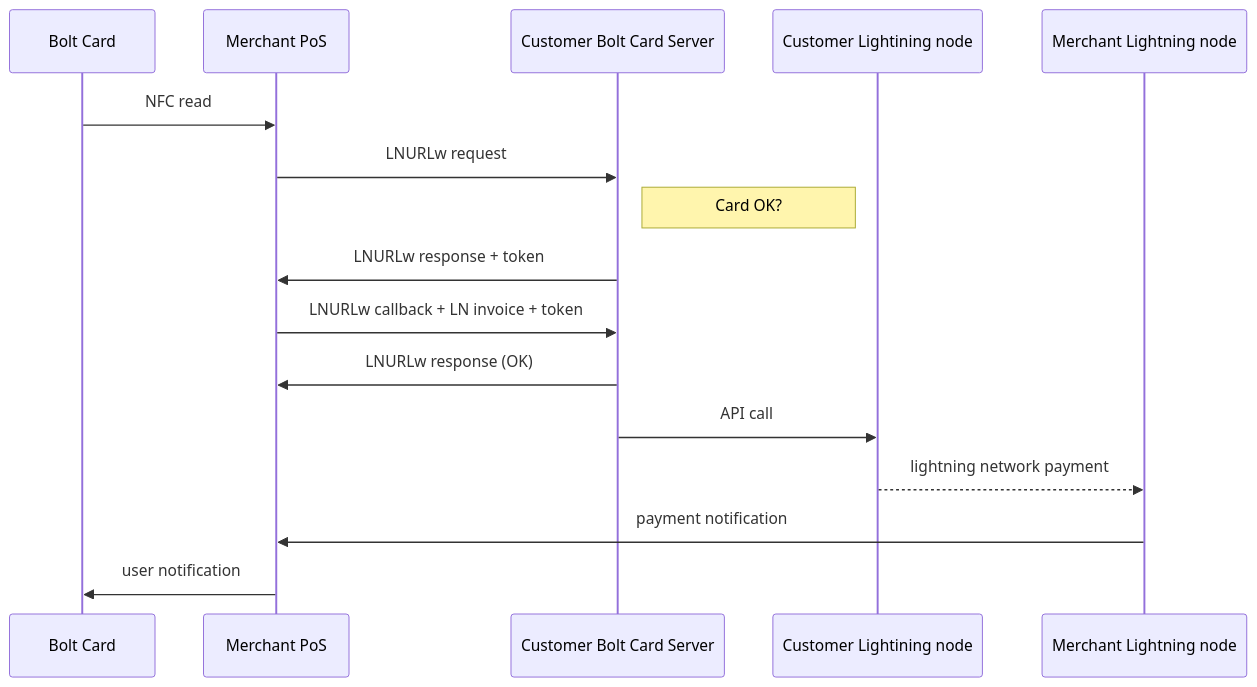
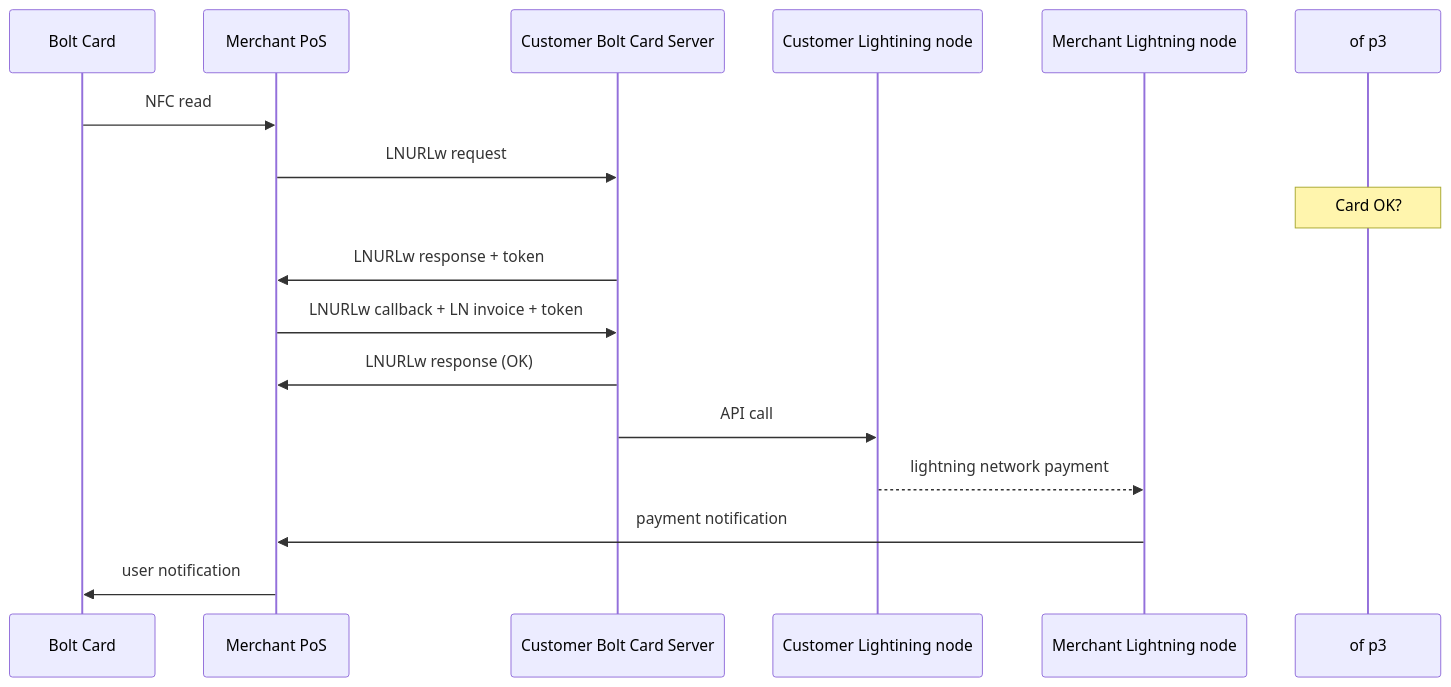
The diagram in system.MD (robertclarkson/mockend), drawn with Mermaid before and after one commit.

````diff
--- a/system.MD
+++ b/system.MD
@@ -3,18 +3,18 @@
 ```mermaid
 sequenceDiagram
     participant p1 as Bolt Card
     participant p2 as Merchant PoS
     participant p3 as Customer Bolt Card Server
     participant p4 as Customer Lightining node
     participant p5 as Merchant Lightning node
     p1->>p2: NFC read
     p2->>p3: LNURLw request
-    Note right of p3: Card OK?
+    Note over of p3: Card OK?
     p3->>p2: LNURLw response + token
     p2->>p3: LNURLw callback + LN invoice + token
     p3->>p2: LNURLw response (OK)
     p3->>p4: API call
     p4-->>p5: lightning network payment
     p5->>p2: payment notification
     p2->>p1: user notification
 ```
````
